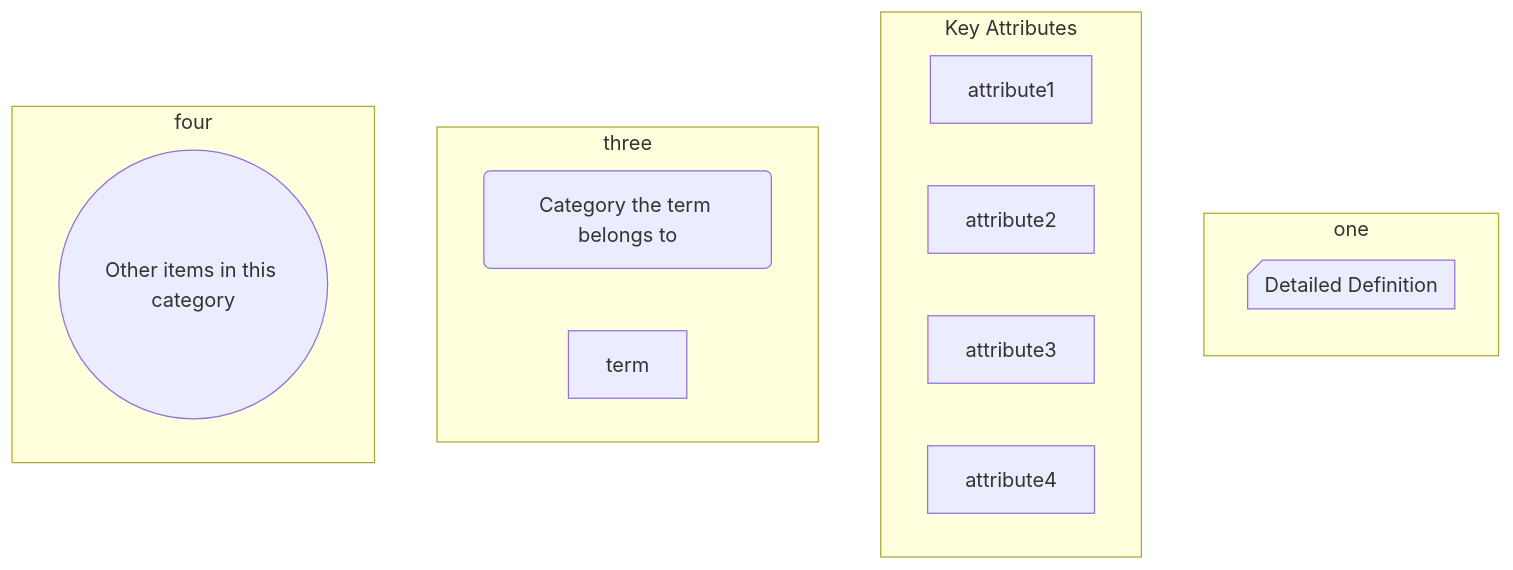
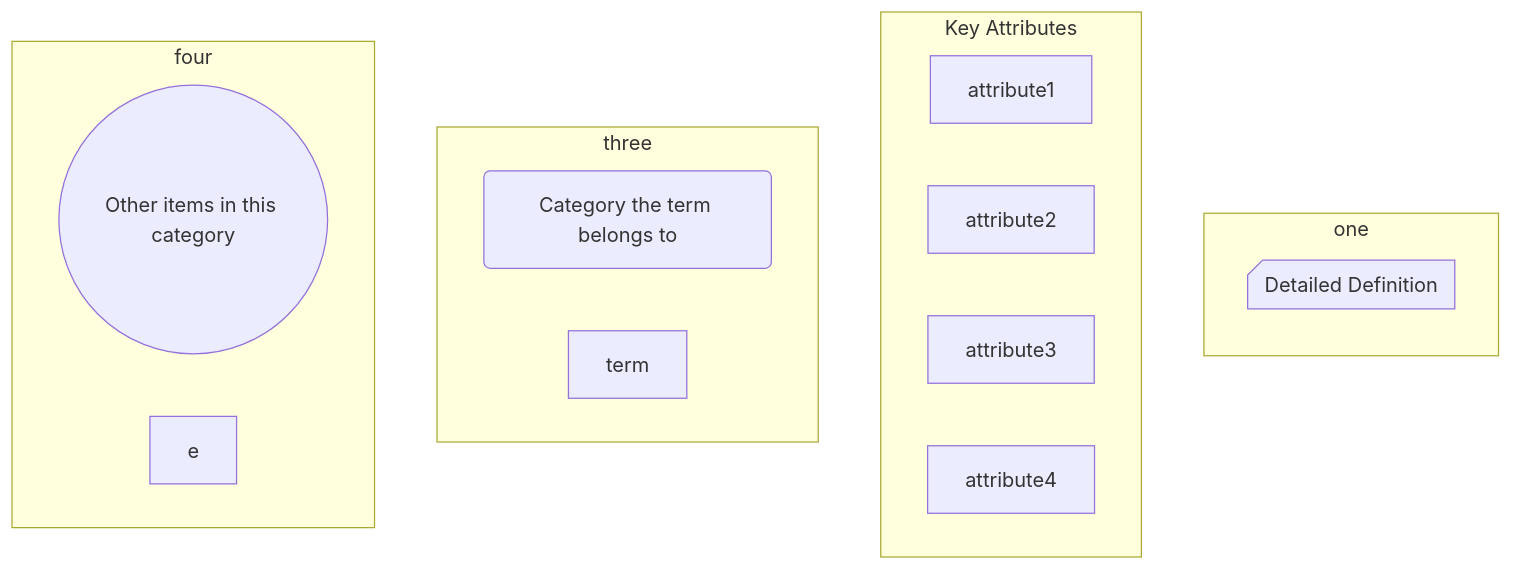
The diagram in slides.md (gerbssusd/dok), drawn with Mermaid before and after one commit.

````diff
--- a/slides.md
+++ b/slides.md
@@ -217,28 +217,28 @@
 ```mermaid
 flowchart TB
     subgraph one 
      direction TB
     a1@{ shape: card, label: Detailed Definition}
      end
     subgraph Key Attributes
      d1[attribute1]
      d2[attribute2]
      d3[attribute3]
      d4[attribute4]
      end
     subgraph three
       direction RL
         b1(Category the term belongs to)
         b2[term]
         end
     subgraph four
         e1((Other items in this category))
-        
+        e
         end
 
 
 
 
 
 
 ```
````
